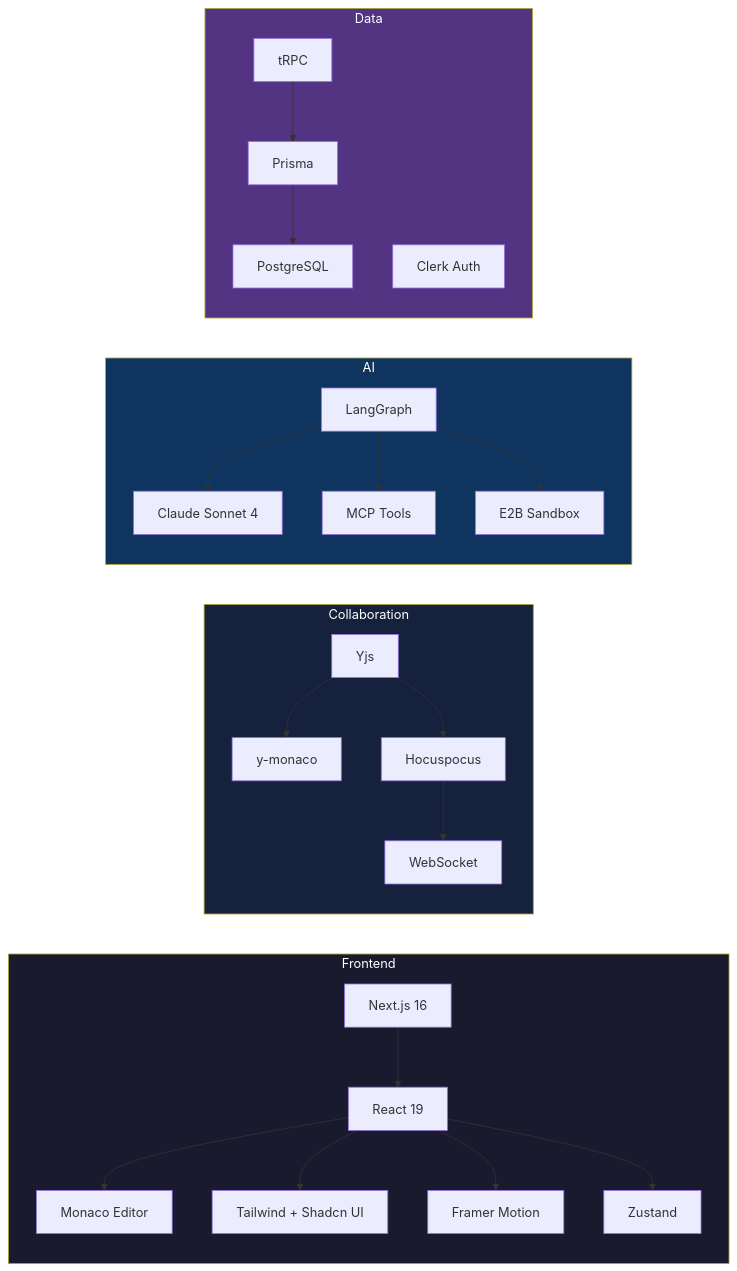
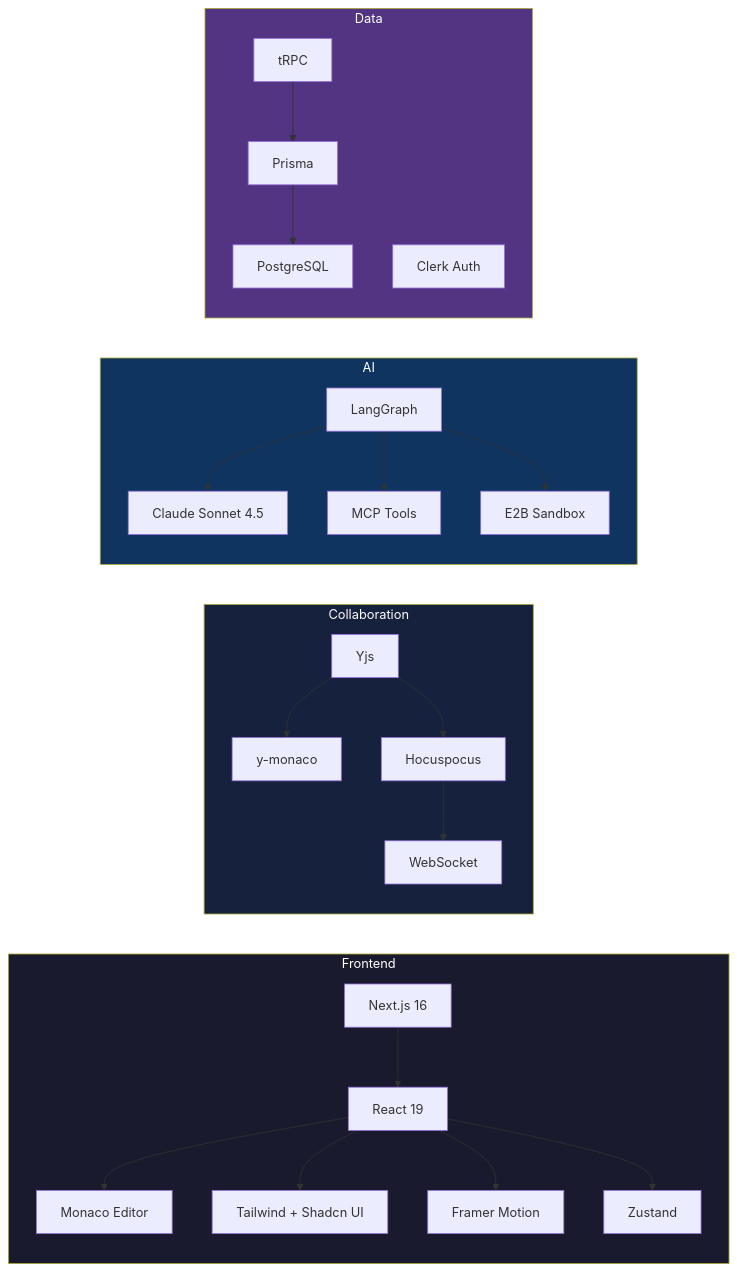
Before and after one commit to kaifcoder/codevibe: the fourth of 4 diagrams in README.md, drawn with Mermaid. The commit also changed other lines of this file, not shown here.

Commit message:
fix(README): update Claude version and enhance feature descriptions for clarity

````diff
--- a/README.md
+++ b/README.md
@@ -154,33 +163,33 @@
 ```mermaid
 graph LR
     subgraph Frontend
         A[Next.js 16] --> B[React 19]
         B --> C[Monaco Editor]
         B --> D[Tailwind + Shadcn UI]
         B --> E[Framer Motion]
         B --> F[Zustand]
     end
 
     subgraph Collaboration
         G[Yjs] --> H[y-monaco]
         G --> I[Hocuspocus]
         I --> J[WebSocket]
     end
 
     subgraph AI
-        K[LangGraph] --> L[Claude Sonnet 4]
+        K[LangGraph] --> L[Claude Sonnet 4.5]
         K --> M[MCP Tools]
         K --> N[E2B Sandbox]
     end
 
     subgraph Data
         O[tRPC] --> P[Prisma]
         P --> Q[PostgreSQL]
         R[Clerk Auth]
     end
 
     style Frontend fill:#1a1a2e,color:#fff
     style Collaboration fill:#16213e,color:#fff
     style AI fill:#0f3460,color:#fff
     style Data fill:#533483,color:#fff
 ```
````
